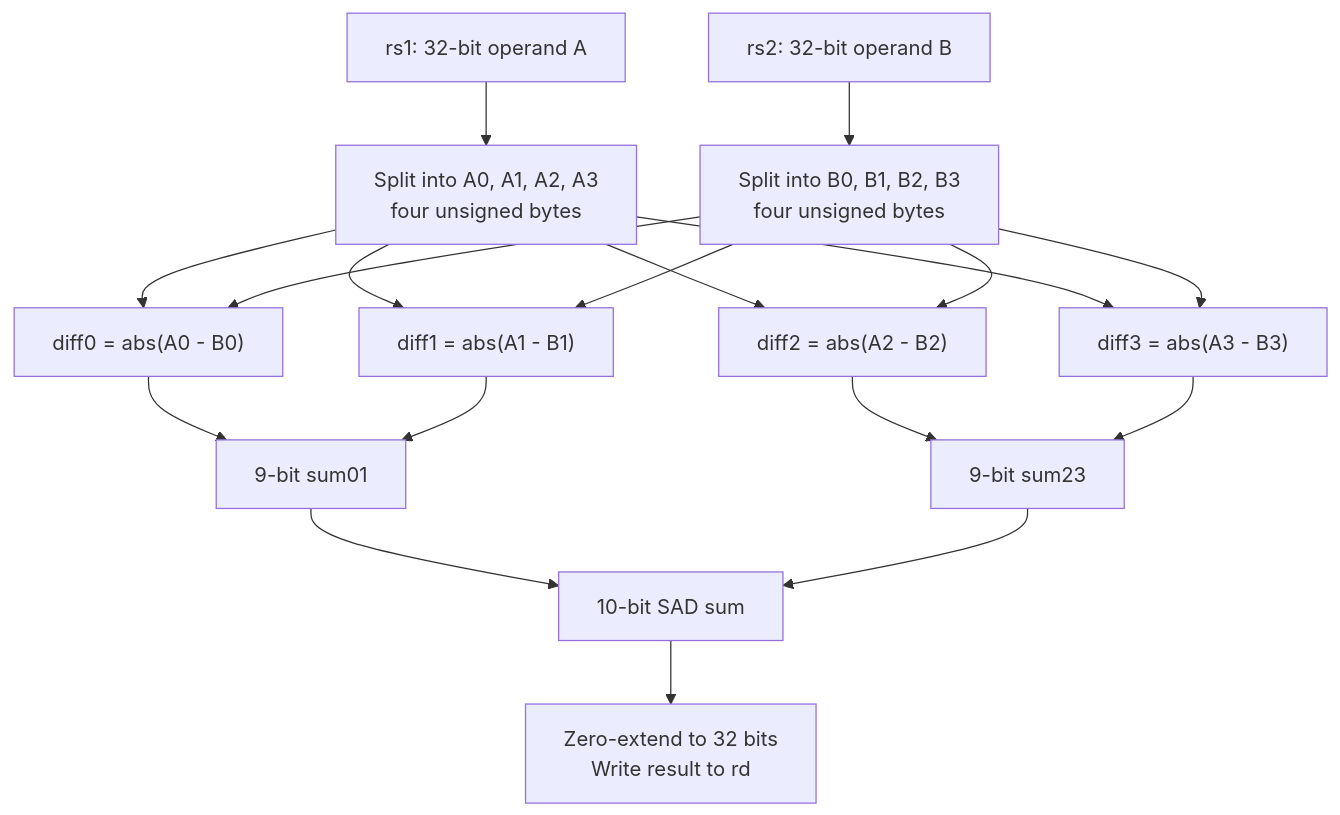
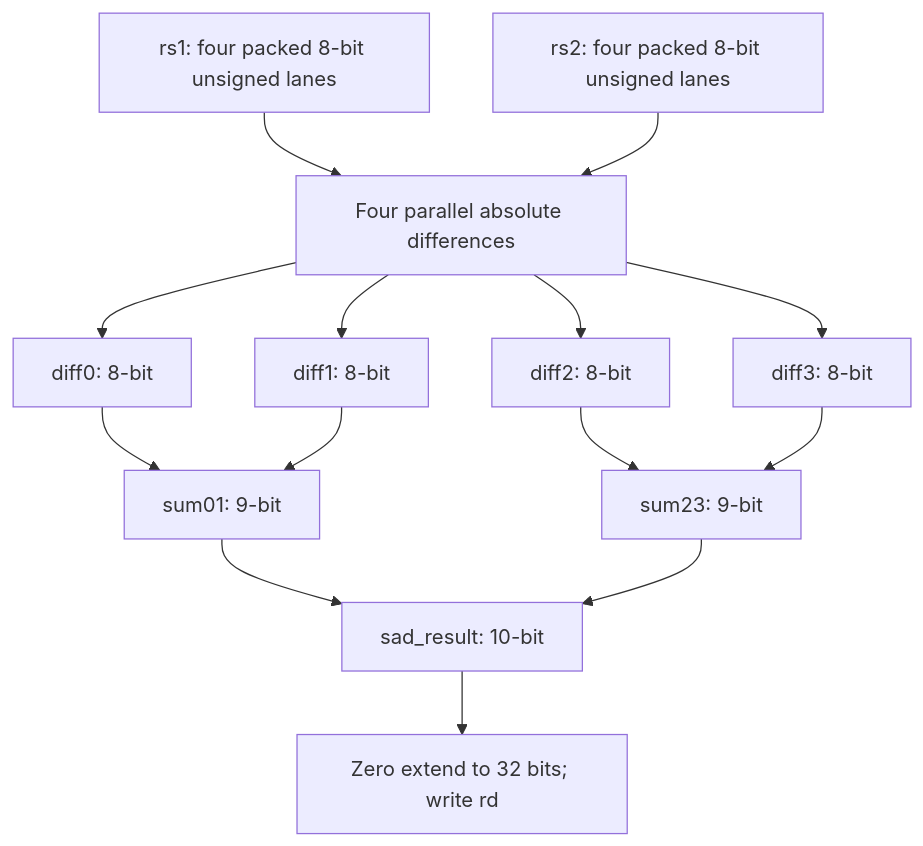
One commit to RL-Hillman/RV32I-Single-Cycle-CPU changed the second of 2 diagrams in README.md. Above: the diagram before and after it, drawn with Mermaid. The commit also changed other lines of this file, not shown here.

````diff
--- a/README.md
+++ b/README.md
@@ -207,20 +226,16 @@
 ```mermaid
 flowchart TB
-    A["rs1: 32-bit operand A"] --> SPLITA["Split into A0, A1, A2, A3<br/>four unsigned bytes"]
-    B["rs2: 32-bit operand B"] --> SPLITB["Split into B0, B1, B2, B3<br/>four unsigned bytes"]
-    SPLITA --> D0["diff0 = abs(A0 - B0)"]
-    SPLITB --> D0
-    SPLITA --> D1["diff1 = abs(A1 - B1)"]
-    SPLITB --> D1
-    SPLITA --> D2["diff2 = abs(A2 - B2)"]
-    SPLITB --> D2
-    SPLITA --> D3["diff3 = abs(A3 - B3)"]
-    SPLITB --> D3
-    D0 --> S01["9-bit sum01"]
+    A["rs1: four packed 8-bit unsigned lanes"] --> D["Four parallel absolute differences"]
+    B["rs2: four packed 8-bit unsigned lanes"] --> D
+    D --> D0["diff0: 8-bit"]
+    D --> D1["diff1: 8-bit"]
+    D --> D2["diff2: 8-bit"]
+    D --> D3["diff3: 8-bit"]
+    D0 --> S01["sum01: 9-bit"]
     D1 --> S01
-    D2 --> S23["9-bit sum23"]
+    D2 --> S23["sum23: 9-bit"]
     D3 --> S23
-    S01 --> SUM["10-bit SAD sum"]
-    S23 --> SUM
-    SUM --> RESULT["Zero-extend to 32 bits<br/>Write result to rd"]
+    S01 --> S["sad_result: 10-bit"]
+    S23 --> S
+    S --> RESULT["Zero extend to 32 bits; write rd"]
 ```
````
